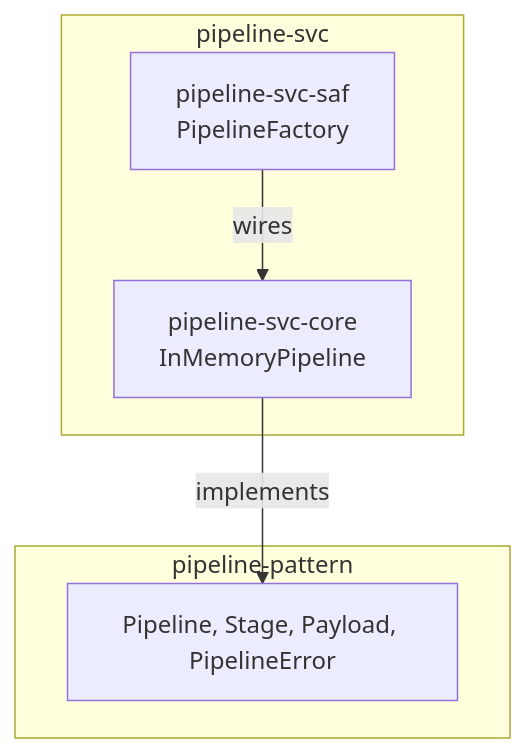
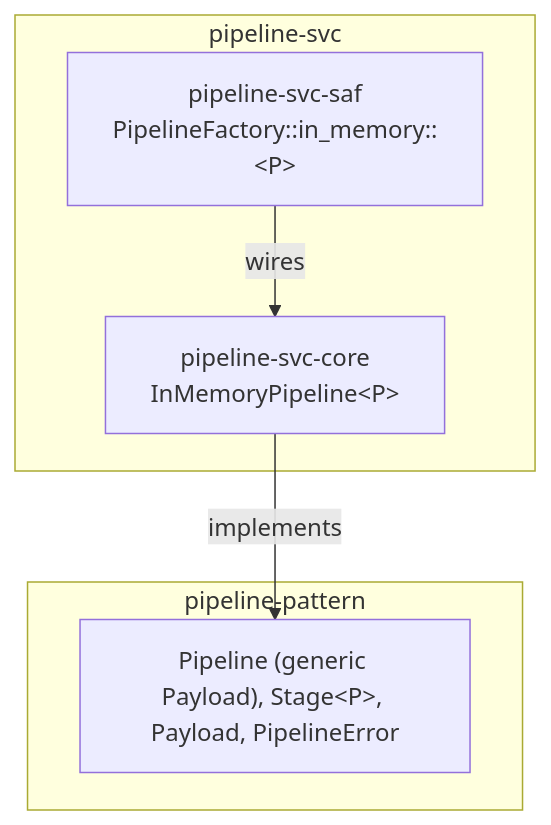
The diagram in docs/3-design/architecture.md (sweengineeringlabs/pipeline-svc), drawn with Mermaid before and after one commit. The commit also changed other lines of this file and 15 other files, not shown here.

First line of the commit message:
refactor: InMemoryPipeline/PipelineFactory generic over Payload, no Box<dyn Pipeline>

````diff
--- a/docs/3-design/architecture.md
+++ b/docs/3-design/architecture.md
@@ -33,14 +42,14 @@
 ```mermaid
 flowchart TD
     subgraph pattern["pipeline-pattern"]
-        contract["Pipeline, Stage, Payload, PipelineError"]
+        contract["Pipeline (generic Payload), Stage&lt;P&gt;, Payload, PipelineError"]
     end
 
     subgraph svc["pipeline-svc"]
-        core["pipeline-svc-core<br/>InMemoryPipeline"]
-        saf["pipeline-svc-saf<br/>PipelineFactory"]
+        core["pipeline-svc-core<br/>InMemoryPipeline&lt;P&gt;"]
+        saf["pipeline-svc-saf<br/>PipelineFactory::in_memory::&lt;P&gt;"]
 
         core -->|implements| contract
         saf -->|wires| core
     end
 ```
````
